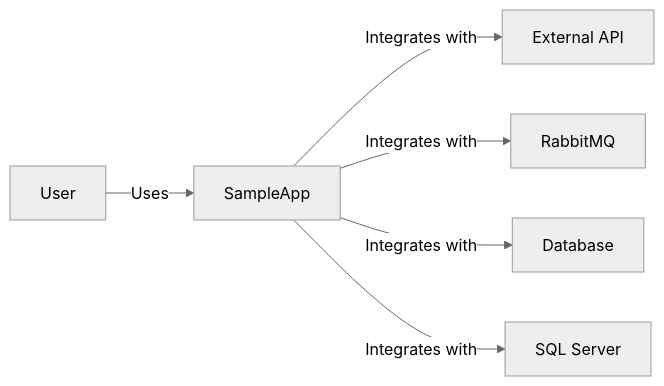
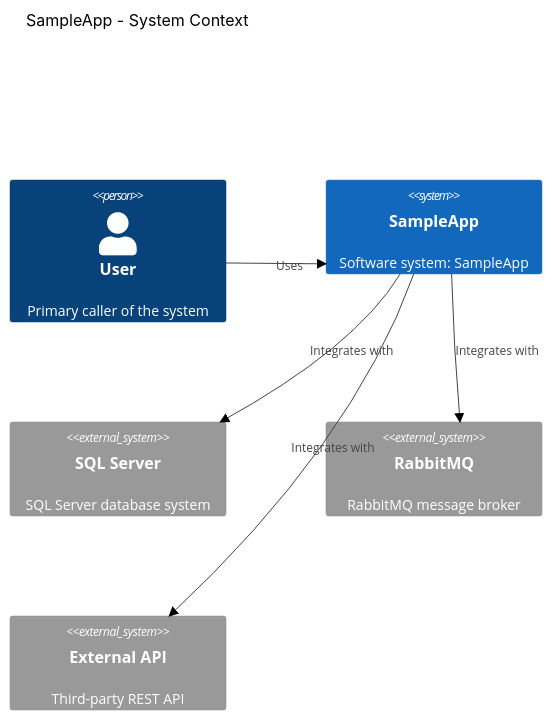
One commit to HeWhoRoams/AppDoc changed the diagram in docs/diagrams/c4-context.md. Above: the diagram before and after it, drawn with Mermaid (neutral theme). The commit also changed other lines of this file and 104 other files, not shown here.

````diff
--- a/docs/diagrams/c4-context.md
+++ b/docs/diagrams/c4-context.md
@@ -13,14 +13,13 @@
 ```mermaid
-graph LR
-    user["User"]
-    sampleapp["SampleApp"]
-    user -->|Uses| sampleapp
-    external_api["External API"]
-    sampleapp -->|Integrates with| external_api
-    mq_rabbitmq["RabbitMQ"]
-    sampleapp -->|Integrates with| mq_rabbitmq
-    database["Database"]
-    sampleapp -->|Integrates with| database
-    database_sql_server["SQL Server"]
-    sampleapp -->|Integrates with| database_sql_server
+C4Context
+title SampleApp - System Context
+Person(user, "User", "Primary caller of the system")
+System(sampleapp, "SampleApp", "Software system: SampleApp")
+Rel(user, sampleapp, "Uses")
+System_Ext(database_sql_server, "SQL Server", "SQL Server database system")
+Rel(sampleapp, database_sql_server, "Integrates with")
+System_Ext(mq_rabbitmq, "RabbitMQ", "RabbitMQ message broker")
+Rel(sampleapp, mq_rabbitmq, "Integrates with")
+System_Ext(external_api, "External API", "Third-party REST API")
+Rel(sampleapp, external_api, "Integrates with")
 ```
````
